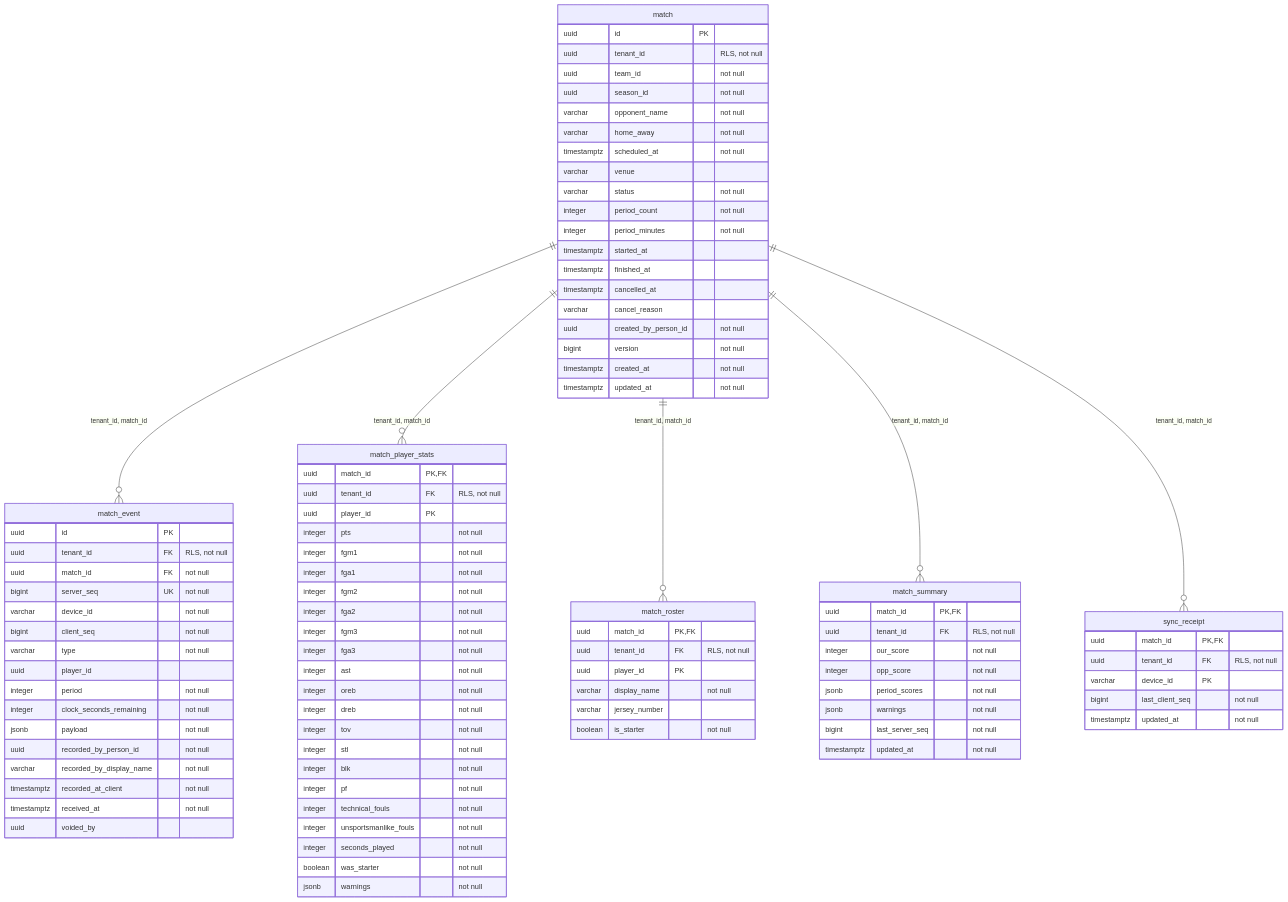
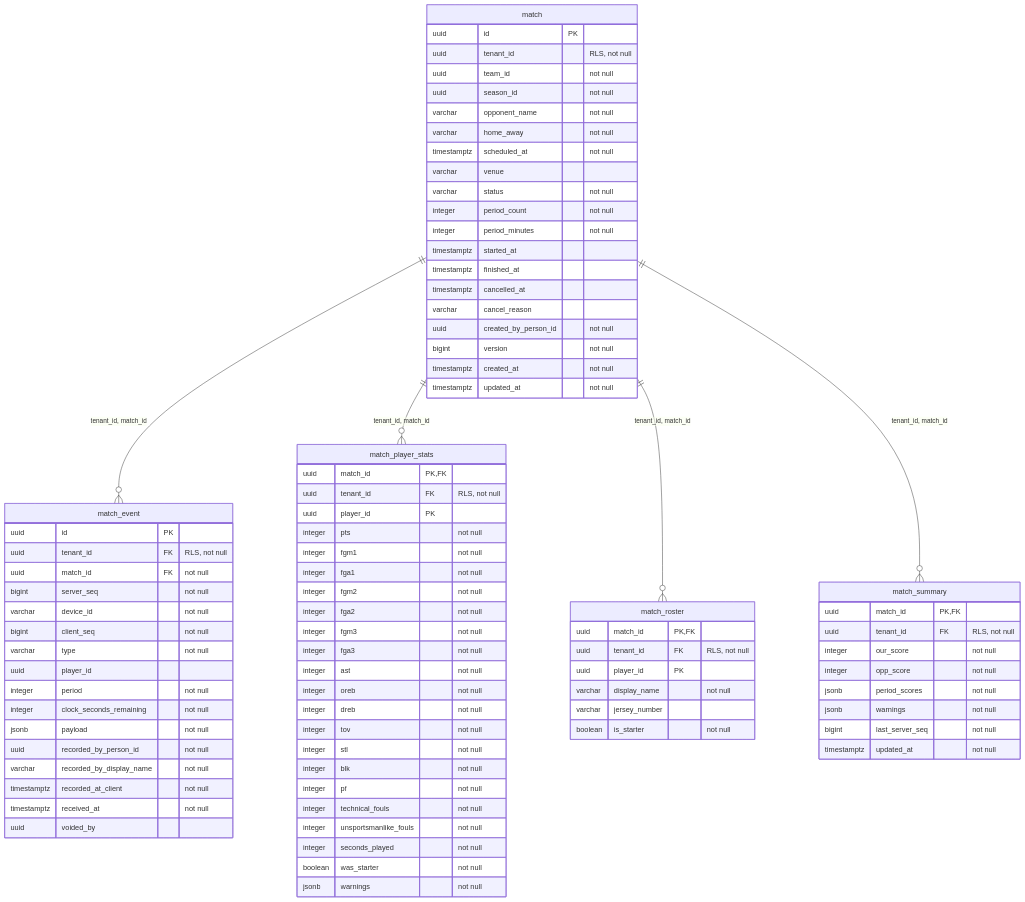
Before and after one commit to davidbejar/hoops-academy: the first of 9 diagrams in docs/domain/game-model.md, drawn with Mermaid. The commit also changed other lines of this file and 5 other files, not shown here.

First line of the commit message:
perf(game): drop sync_receipt and match_event's server_seq unique key (GAME-02, GAME-13)

````diff
--- a/docs/domain/game-model.md
+++ b/docs/domain/game-model.md
@@ -43,7 +43,7 @@
         uuid id PK
         uuid tenant_id FK "RLS, not null"
         uuid match_id FK "not null"
-        bigint server_seq UK "not null"
+        bigint server_seq "not null"
         varchar device_id "not null"
         bigint client_seq "not null"
         varchar type "not null"
@@ -99,16 +99,8 @@
         bigint last_server_seq "not null"
         timestamptz updated_at "not null"
     }
-    sync_receipt {
-        uuid match_id PK,FK
-        uuid tenant_id FK "RLS, not null"
-        varchar device_id PK
-        bigint last_client_seq "not null"
-        timestamptz updated_at "not null"
-    }
     match ||--o{ match_event : "tenant_id, match_id"
     match ||--o{ match_player_stats : "tenant_id, match_id"
     match ||--o{ match_roster : "tenant_id, match_id"
     match ||--o{ match_summary : "tenant_id, match_id"
-    match ||--o{ sync_receipt : "tenant_id, match_id"
 ```
````
